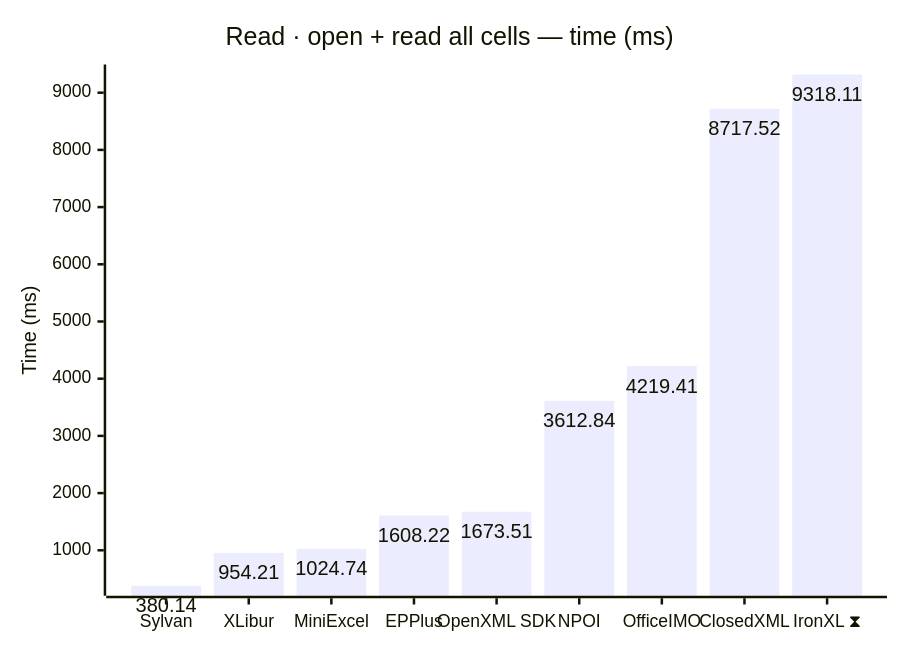
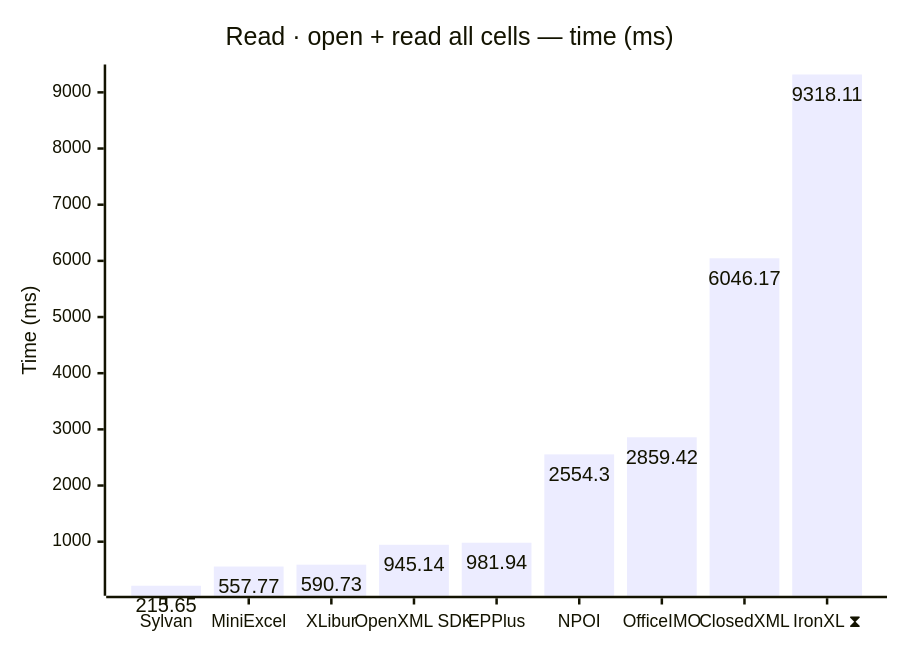
The third of 18 diagrams in docs/results-ci.md (jafin/XLBench), drawn with Mermaid before and after one commit. The commit also changed other lines of this file, not shown here.

````diff
--- a/docs/results-ci.md
+++ b/docs/results-ci.md
@@ -69,12 +69,12 @@
 ```mermaid
 ---
 config:
   xyChart:
     showDataLabel: true
 ---
 xychart-beta
     title "Read · open + read all cells — time (ms)"
-    x-axis ["Sylvan", "XLibur", "MiniExcel", "EPPlus", "OpenXML SDK", "NPOI", "OfficeIMO", "ClosedXML", "IronXL ⧗"]
+    x-axis ["Sylvan", "MiniExcel", "XLibur", "OpenXML SDK", "EPPlus", "NPOI", "OfficeIMO", "ClosedXML", "IronXL ⧗"]
     y-axis "Time (ms)"
-    bar [380.14, 954.21, 1024.74, 1608.22, 1673.51, 3612.84, 4219.41, 8717.52, 9318.11]
+    bar [215.65, 557.77, 590.73, 945.14, 981.94, 2554.3, 2859.42, 6046.17, 9318.11]
 ```
````
